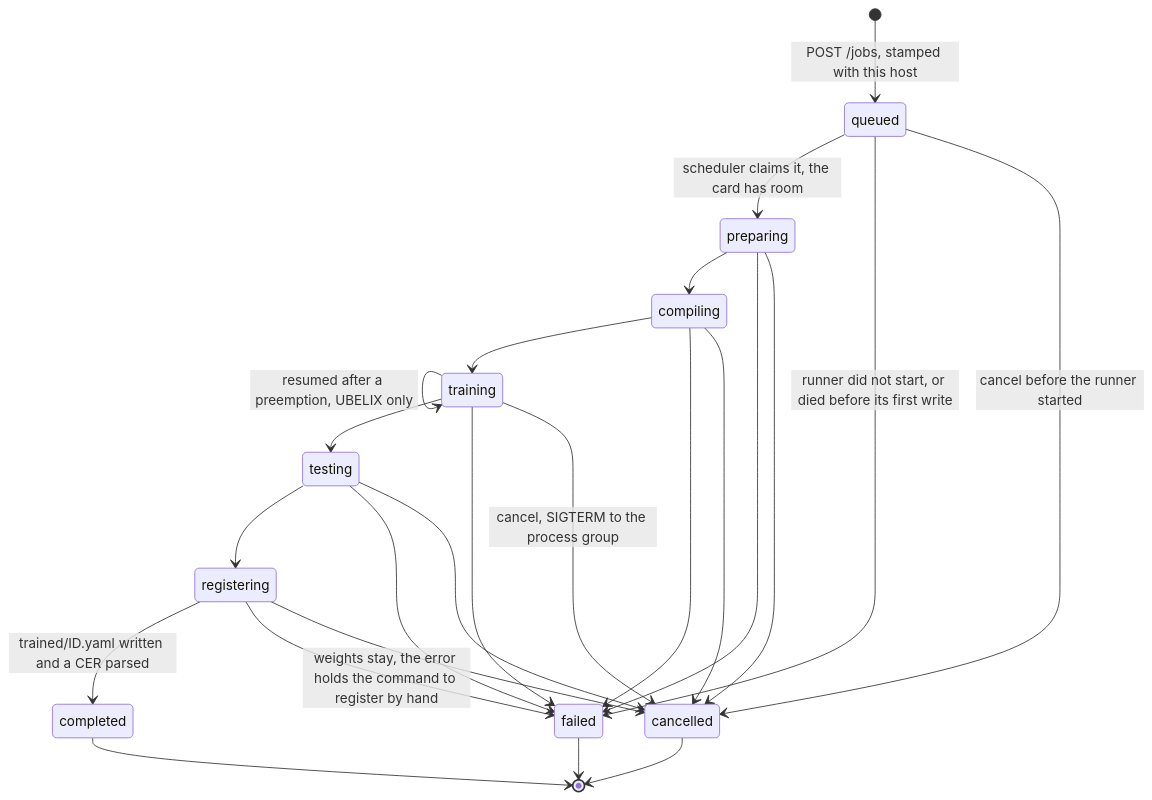
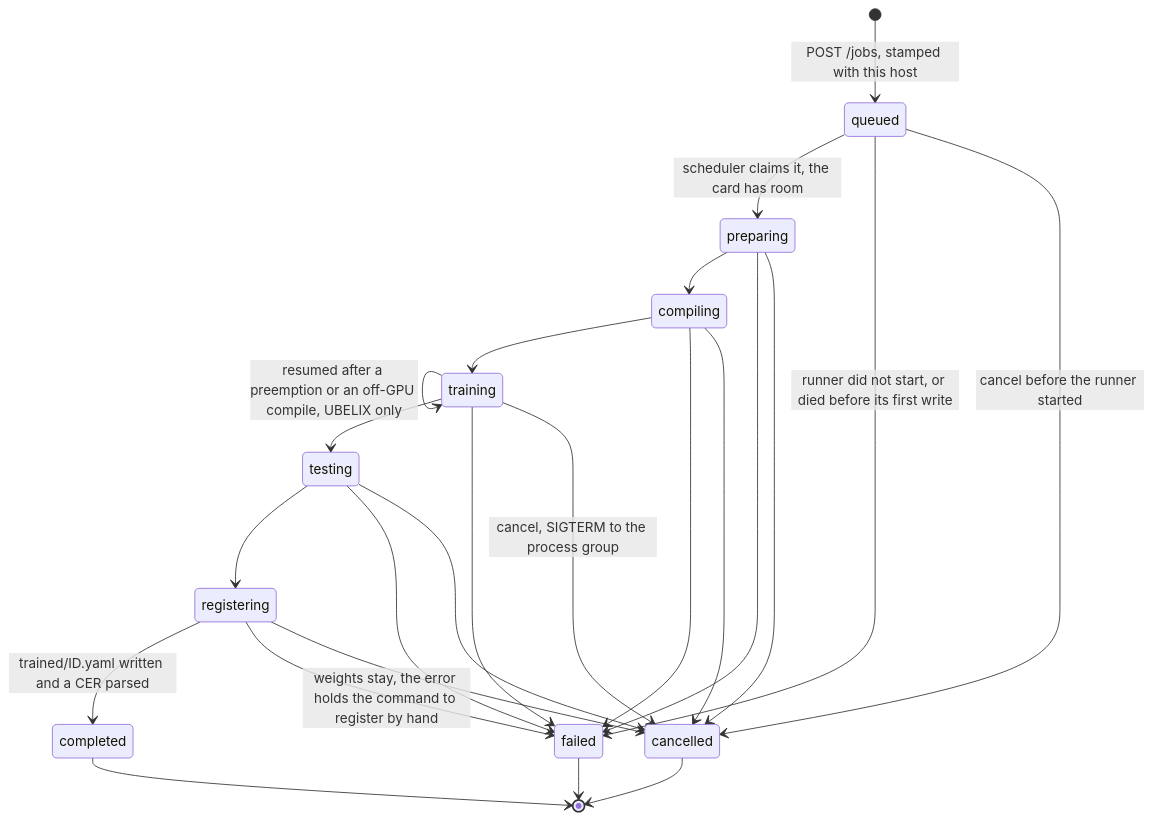
The second of 2 diagrams in docs/INFRASTRUCTURE.md (thodel/training-atr-models), drawn with Mermaid before and after one commit. The commit also changed other lines of this file and 3 other files, not shown here.

````diff
--- a/docs/INFRASTRUCTURE.md
+++ b/docs/INFRASTRUCTURE.md
@@ -225,26 +228,26 @@
 ```mermaid
 stateDiagram-v2
   [*] --> queued: POST /jobs, stamped with this host
   queued --> preparing: scheduler claims it, the card has room
   preparing --> compiling
   compiling --> training
-  training --> training: resumed after a preemption, UBELIX only
+  training --> training: resumed after a preemption or an off-GPU compile, UBELIX only
   training --> testing
   testing --> registering
   registering --> completed: trained/ID.yaml written and a CER parsed
   queued --> failed: runner did not start, or died before its first write
   preparing --> failed
   compiling --> failed
   training --> failed
   testing --> failed
   registering --> failed: weights stay, the error holds the command to register by hand
   queued --> cancelled: cancel before the runner started
   preparing --> cancelled
   compiling --> cancelled
   training --> cancelled: cancel, SIGTERM to the process group
   testing --> cancelled
   registering --> cancelled
   completed --> [*]
   failed --> [*]
   cancelled --> [*]
 ```
````
